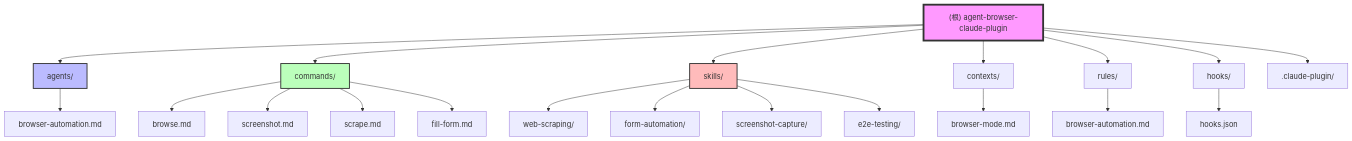
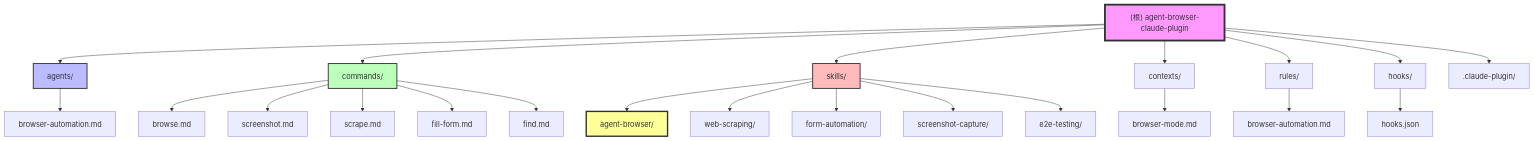
The diagram in CLAUDE.md (ZenoWangzy/agent-browser-claude-plugin), drawn with Mermaid before and after one commit. The commit also changed other lines of this file and 19 other files, not shown here.

First line of the commit message:
feat: add agent-browser core skill and semantic locators

````diff
--- a/CLAUDE.md
+++ b/CLAUDE.md
@@ -54,28 +64,31 @@
 ```mermaid
 graph TD
     A["(根) agent-browser-claude-plugin"] --> B["agents/"];
     A --> C["commands/"];
     A --> D["skills/"];
     A --> E["contexts/"];
     A --> F["rules/"];
     A --> G["hooks/"];
     A --> H[".claude-plugin/"];
 
     B --> B1["browser-automation.md"];
     C --> C1["browse.md"];
     C --> C2["screenshot.md"];
     C --> C3["scrape.md"];
     C --> C4["fill-form.md"];
+    C --> C5["find.md"];
+    D --> D0["agent-browser/"];
     D --> D1["web-scraping/"];
     D --> D2["form-automation/"];
     D --> D3["screenshot-capture/"];
     D --> D4["e2e-testing/"];
     E --> E1["browser-mode.md"];
     F --> F1["browser-automation.md"];
     G --> G1["hooks.json"];
 
     style A fill:#f9f,stroke:#333,stroke-width:4px
     style B fill:#bbf,stroke:#333,stroke-width:2px
     style C fill:#bfb,stroke:#333,stroke-width:2px
     style D fill:#fbb,stroke:#333,stroke-width:2px
+    style D0 fill:#ff9,stroke:#333,stroke-width:3px
 ```
````
